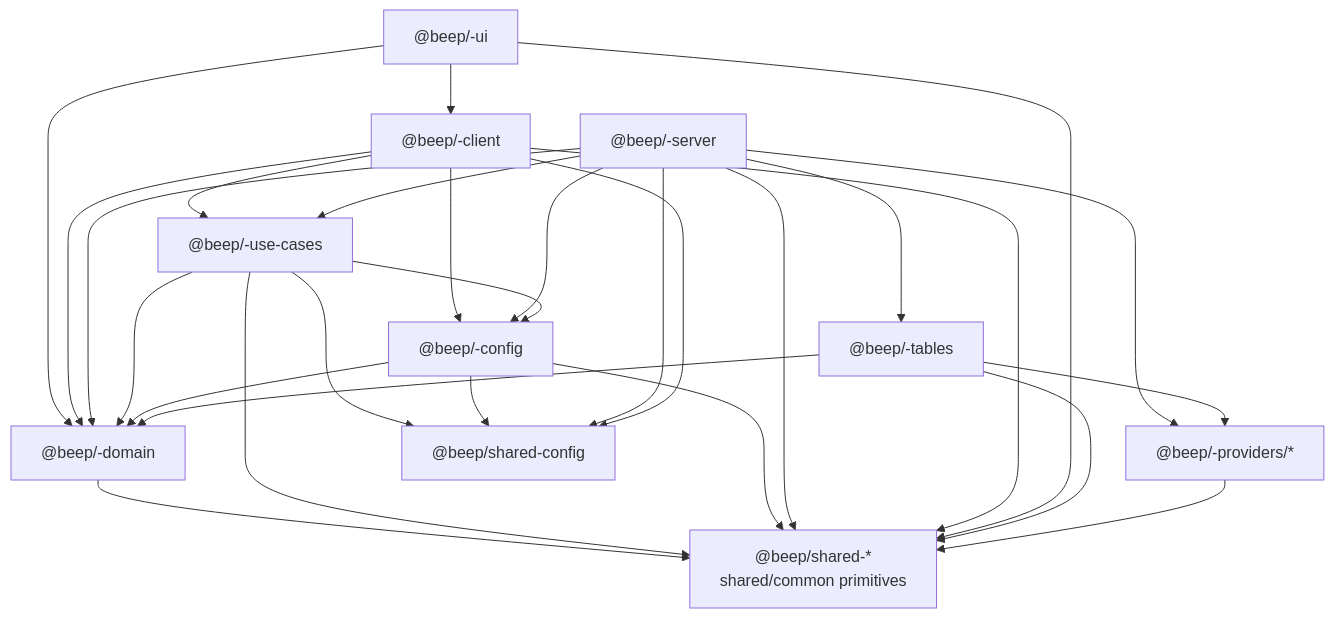
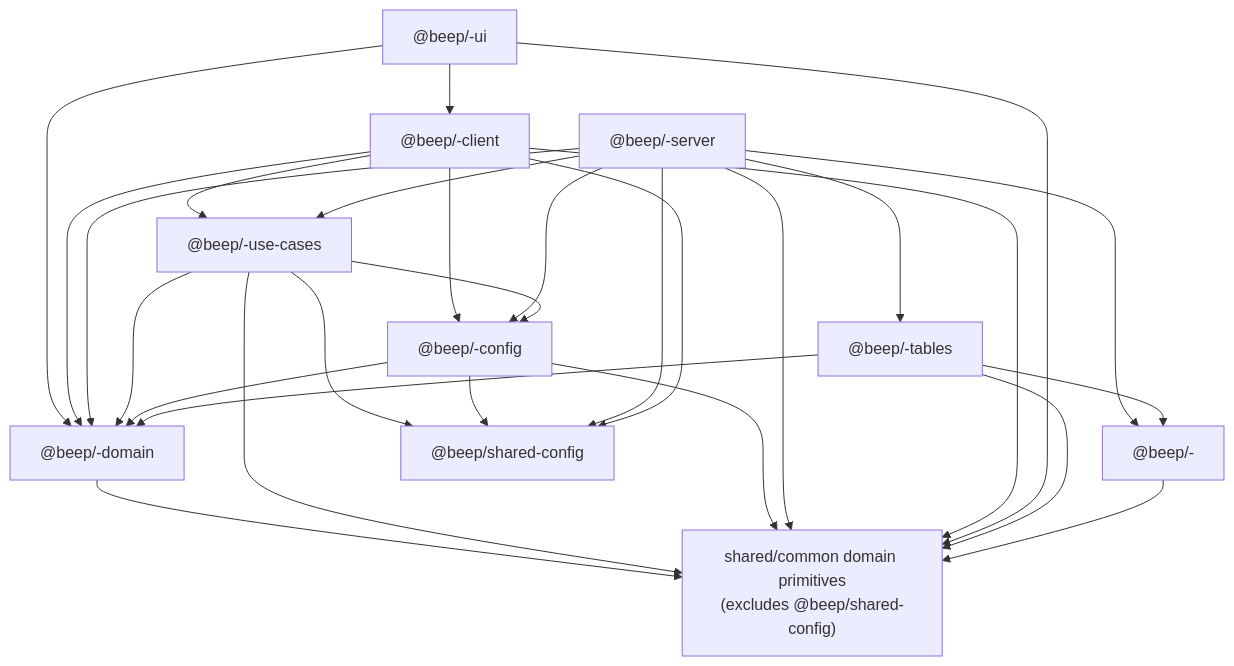
The first of 6 diagrams in standards/ARCHITECTURE.md (kriegcloud/beep-effect), drawn with Mermaid before and after one commit. The commit also changed other lines of this file and 95 other files, not shown here.

````diff
--- a/standards/ARCHITECTURE.md
+++ b/standards/ARCHITECTURE.md
@@ -84,42 +96,42 @@
 ```mermaid
 flowchart TD
   ui["@beep/<slice>-ui"]
   client["@beep/<slice>-client"]
   usecases["@beep/<slice>-use-cases"]
   config["@beep/<slice>-config"]
   server["@beep/<slice>-server"]
   domain["@beep/<slice>-domain"]
   tables["@beep/<slice>-tables"]
-  providers["@beep/<slice>-providers/*"]
-  sharedCore["@beep/shared-*<br/>shared/common primitives"]
+  providers["@beep/<slice>-<provider>"]
+  sharedCore["shared/common domain primitives<br/>(excludes @beep/shared-config)"]
   sharedConfig["@beep/shared-config"]
 
   ui --> client
   ui --> domain
   client --> domain
   client --> usecases
   client --> config
   server --> usecases
   server --> config
   server --> domain
   server --> tables
   server --> providers
   usecases --> config
   usecases --> domain
   config --> domain
   tables --> domain
   tables --> providers
 
   domain --> sharedCore
   usecases --> sharedCore
   usecases --> sharedConfig
   config --> sharedCore
   config --> sharedConfig
   server --> sharedCore
   server --> sharedConfig
   client --> sharedCore
   client --> sharedConfig
   ui --> sharedCore
   tables --> sharedCore
   providers --> sharedCore
 ```
````
